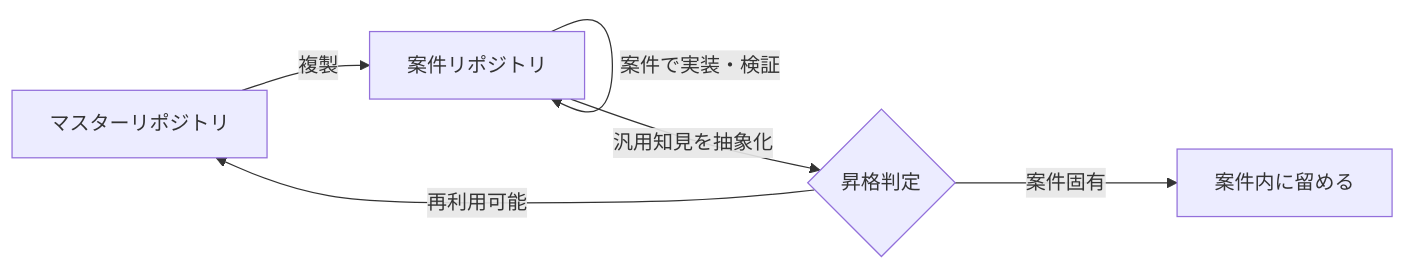
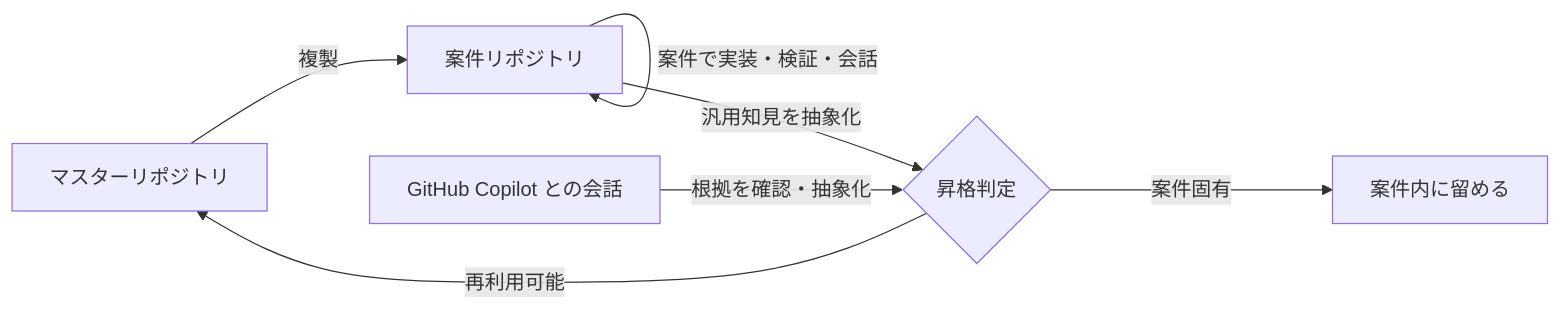
One commit to avenir-japan/Master_CodeAppsDevelopmentStandard changed the diagram in .github/skills/standard/references/master-repo-feedback-loop.md. Above: the diagram before and after it, drawn with Mermaid. The commit also changed other lines of this file and 29 other files, not shown here.

````diff
--- a/.github/skills/standard/references/master-repo-feedback-loop.md
+++ b/.github/skills/standard/references/master-repo-feedback-loop.md
@@ -21,8 +21,9 @@
 ```mermaid
 flowchart LR
     A[マスターリポジトリ] -->|複製| B[案件リポジトリ]
-    B -->|案件で実装・検証| B
+    B -->|案件で実装・検証・会話| B
     B -->|汎用知見を抽象化| C{昇格判定}
+    E[GitHub Copilot との会話] -->|根拠を確認・抽象化| C
     C -->|再利用可能| A
     C -->|案件固有| D[案件内に留める]
 ```
````
